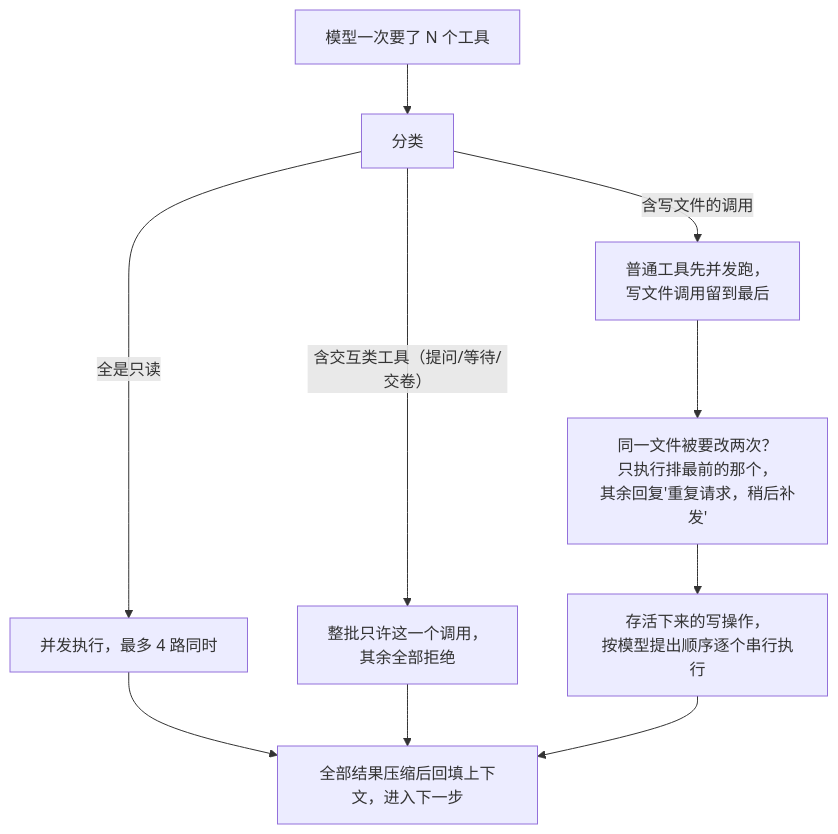
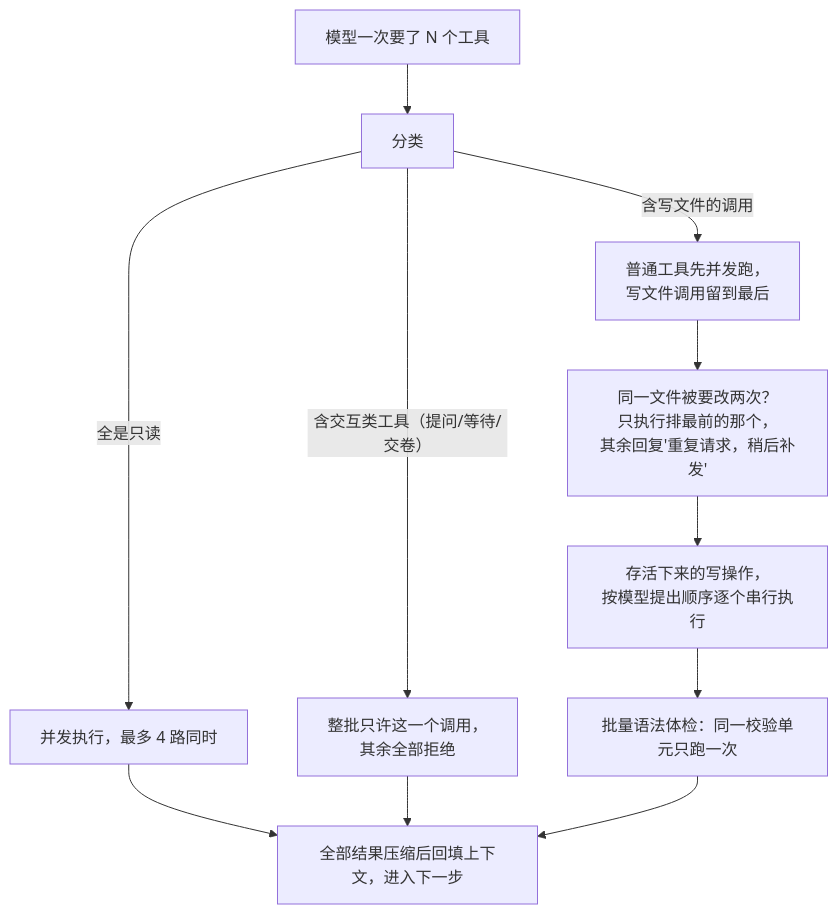
One commit to Bronya0/ally-agent changed the seventh of 16 diagrams in docs/agent-architecture.md. Above: the diagram before and after it, drawn with Mermaid. The commit also changed other lines of this file, not shown here.

First line of the commit message:
docs: deepen architecture guide with missing chapters and technical detail

````diff
--- a/docs/agent-architecture.md
+++ b/docs/agent-architecture.md
@@ -222,13 +361,14 @@
 ```mermaid
 flowchart TD
     BATCH["模型一次要了 N 个工具"] --> CLASSIFY["分类"]
     CLASSIFY -->|"含交互类工具（提问/等待/交卷）"| ALONE["整批只许这一个调用，<br/>其余全部拒绝"]
     CLASSIFY -->|"含写文件的调用"| MIX["普通工具先并发跑，<br/>写文件调用留到最后"]
     CLASSIFY -->|"全是只读"| PAR["并发执行，最多 4 路同时"]
 
     MIX --> DEDUP["同一文件被要改两次？<br/>只执行排最前的那个，<br/>其余回复'重复请求，稍后补发'"]
     DEDUP --> SEQ["存活下来的写操作，<br/>按模型提出顺序逐个串行执行"]
     PAR --> APPEND
     ALONE --> APPEND
-    SEQ --> APPEND["全部结果压缩后回填上下文，进入下一步"]
+    SEQ --> VALIDATE["批量语法体检：同一校验单元只跑一次"]
+    VALIDATE --> APPEND["全部结果压缩后回填上下文，进入下一步"]
 ```
````
